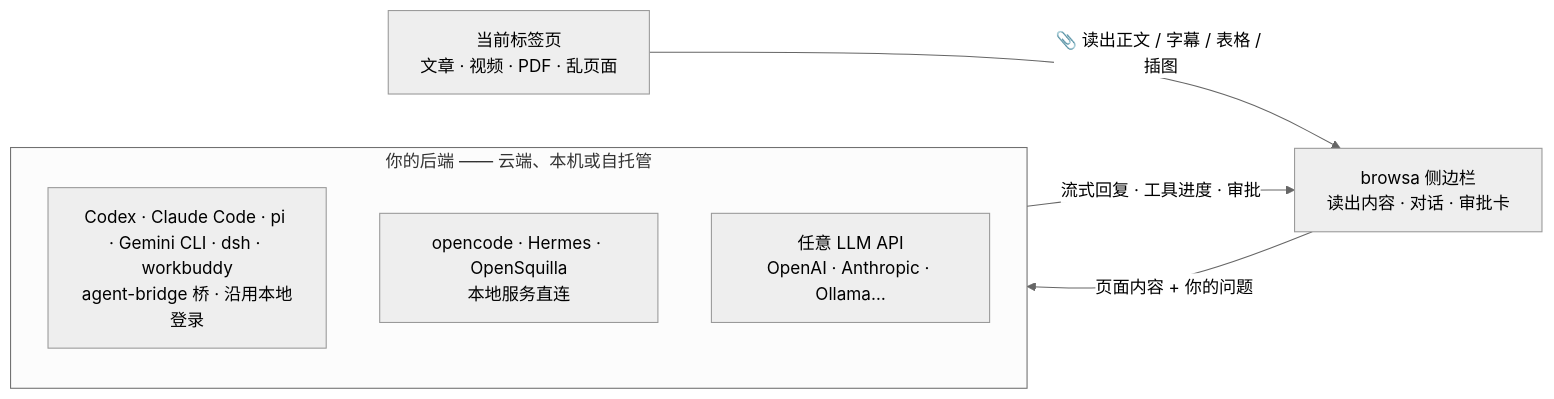
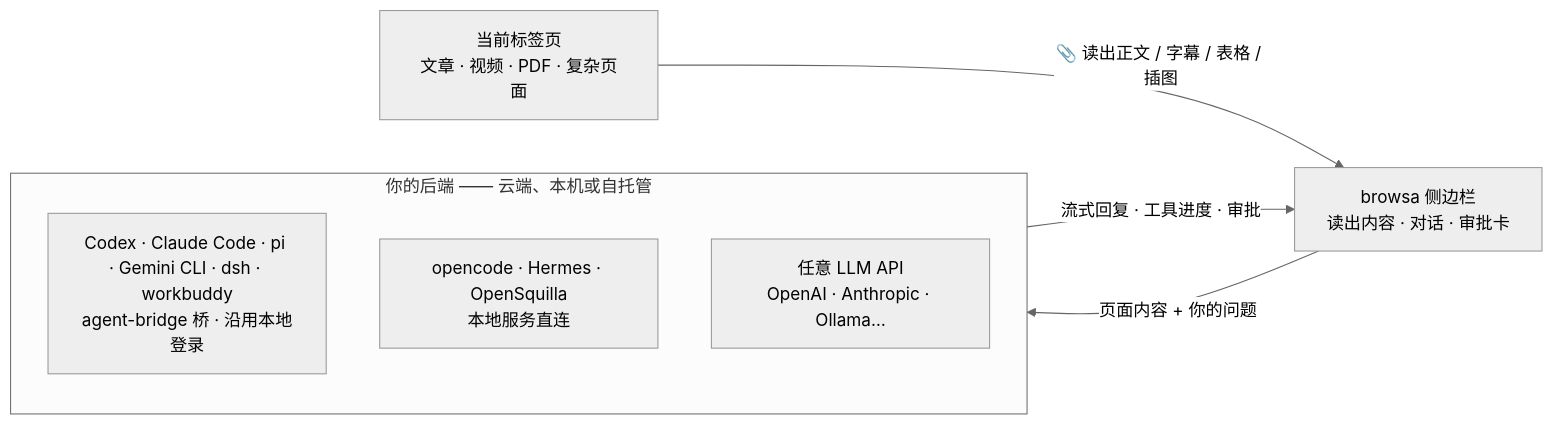
Before and after one commit to xiaohuzai/browsa: the diagram in README.md, drawn with Mermaid (neutral theme). The commit also changed other lines of this file and 6 other files, not shown here.

First line of the commit message:
docs(readme): 「乱页面」统一改称「复杂页面」（七语同步） (#247)

````diff
--- a/README.md
+++ b/README.md
@@ -64,13 +64,13 @@
 ```mermaid
 flowchart LR
-    P["当前标签页<br/>文章 · 视频 · PDF · 乱页面"]
+    P["当前标签页<br/>文章 · 视频 · PDF · 复杂页面"]
     B["browsa 侧边栏<br/>读出内容 · 对话 · 审批卡"]
     subgraph Y["你的后端 —— 云端、本机或自托管"]
         A1["Codex · Claude Code · pi · Gemini CLI · dsh · workbuddy<br/>agent-bridge 桥 · 沿用本地登录"]
         A2["opencode · Hermes · OpenSquilla<br/>本地服务直连"]
         A3["任意 LLM API<br/>OpenAI · Anthropic · Ollama…"]
     end
     P -->|"📎 读出正文 / 字幕 / 表格 / 插图"| B
     B -->|"页面内容 + 你的问题"| Y
     Y -->|"流式回复 · 工具进度 · 审批"| B
 ```
````
